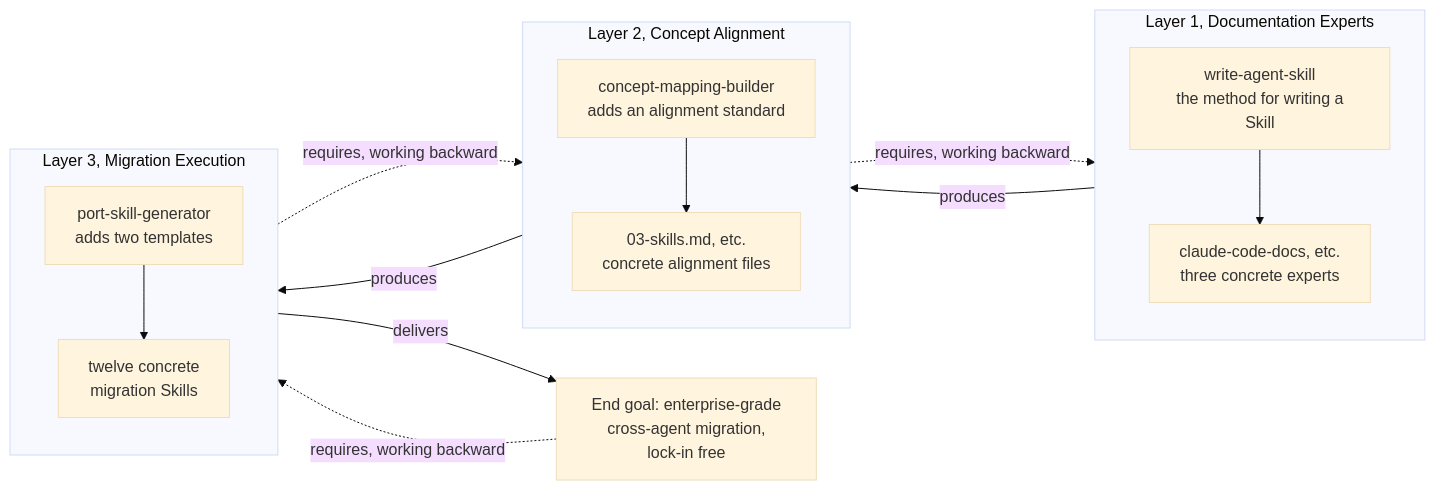
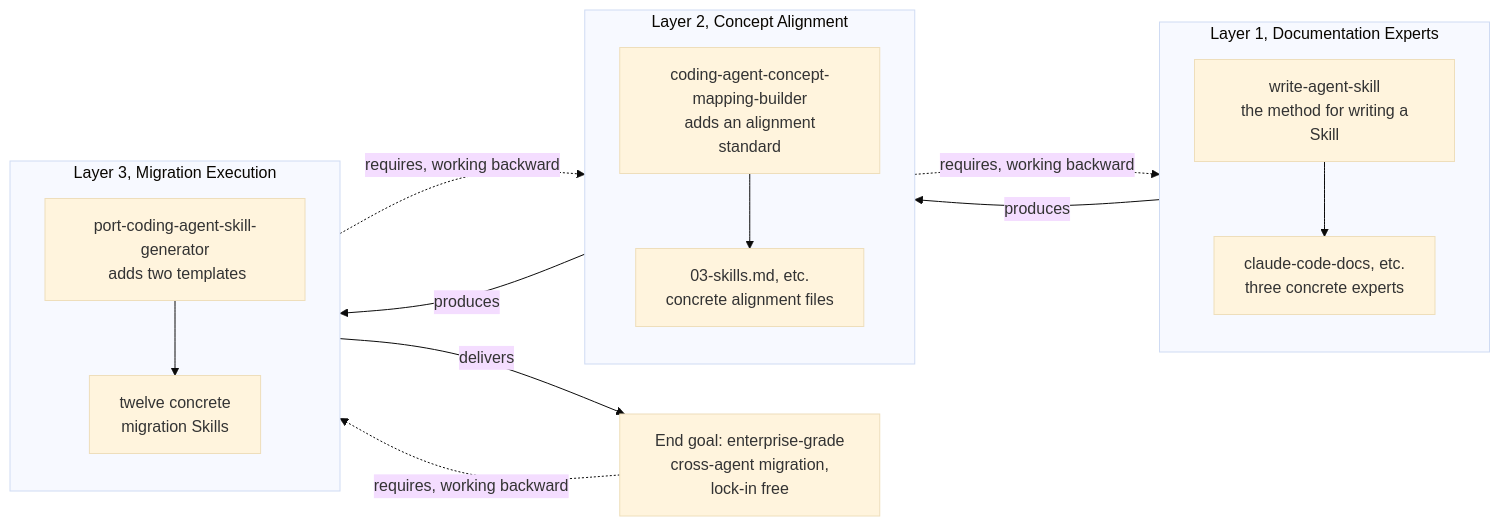
Before and after one commit to YingqiangYuan/Build_Agent_Docs: the diagram in examples/04-building-layers-two-and-three/README.md, drawn with Mermaid (base theme). The commit also changed other lines of this file and 59 other files, not shown here.

````diff
--- a/examples/04-building-layers-two-and-three/README.md
+++ b/examples/04-building-layers-two-and-three/README.md
@@ -117,22 +117,22 @@
 ```mermaid
 flowchart LR
 subgraph L1["Layer 1, Documentation Experts"]
 direction TB
 A1["write-agent-skill<br/> the method for writing a Skill"] --> A2["claude-code-docs, etc.<br/> three concrete experts"]
 end
 subgraph L2["Layer 2, Concept Alignment"]
 direction TB
-B1["concept-mapping-builder<br/> adds an alignment standard"] --> B2["03-skills.md, etc.<br/> concrete alignment files"]
+B1["coding-agent-concept-mapping-builder<br/> adds an alignment standard"] --> B2["03-skills.md, etc.<br/> concrete alignment files"]
 end
 subgraph L3["Layer 3, Migration Execution"]
 direction TB
-C1["port-skill-generator<br/> adds two templates"] --> C2["twelve concrete<br/> migration Skills"]
+C1["port-coding-agent-skill-generator<br/> adds two templates"] --> C2["twelve concrete<br/> migration Skills"]
 end
 Goal["End goal: enterprise-grade<br/> cross-agent migration, lock-in free"]
 L1 -->| produces| L2
 L2 -->| produces| L3
 L3 -->| delivers| Goal
 Goal -.->| requires, working backward| L3
 L3 -.->| requires, working backward| L2
 L2 -.->| requires, working backward| L1
 ```
````
